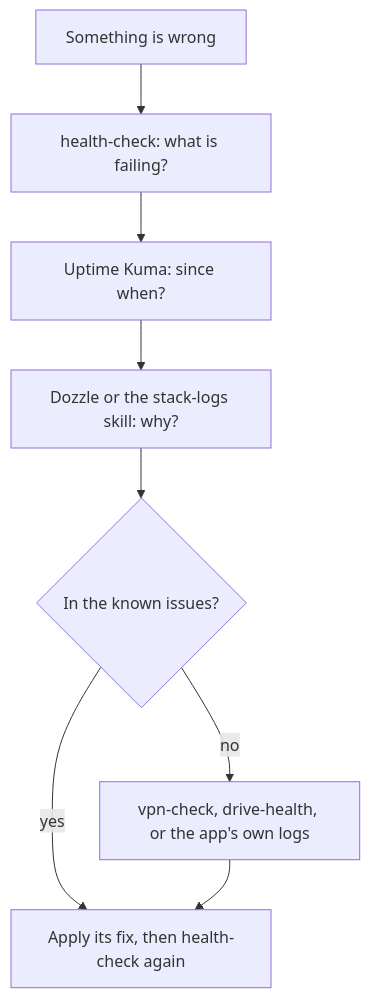
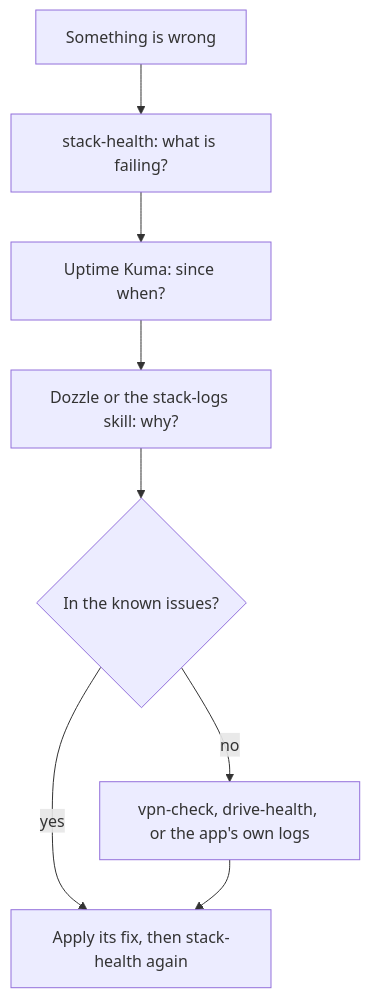
The diagram in docs/troubleshooting.md (bugrauluyurt/homelab-media-stack), drawn with Mermaid before and after one commit. The commit also changed other lines of this file and 200 other files, not shown here.

````diff
--- a/docs/troubleshooting.md
+++ b/docs/troubleshooting.md
@@ -11,10 +11,10 @@
 ```mermaid
 flowchart TD
-    start["Something is wrong"] --> hc["health-check: what is failing?"]
+    start["Something is wrong"] --> hc["stack-health: what is failing?"]
     hc --> kuma["Uptime Kuma: since when?"]
     kuma --> logs["Dozzle or the stack-logs skill: why?"]
     logs --> known{"In the known issues?"}
-    known -->|yes| fix["Apply its fix, then health-check again"]
+    known -->|yes| fix["Apply its fix, then stack-health again"]
     known -->|no| deeper["vpn-check, drive-health, or the app's own logs"]
     deeper --> fix
 ```
````
